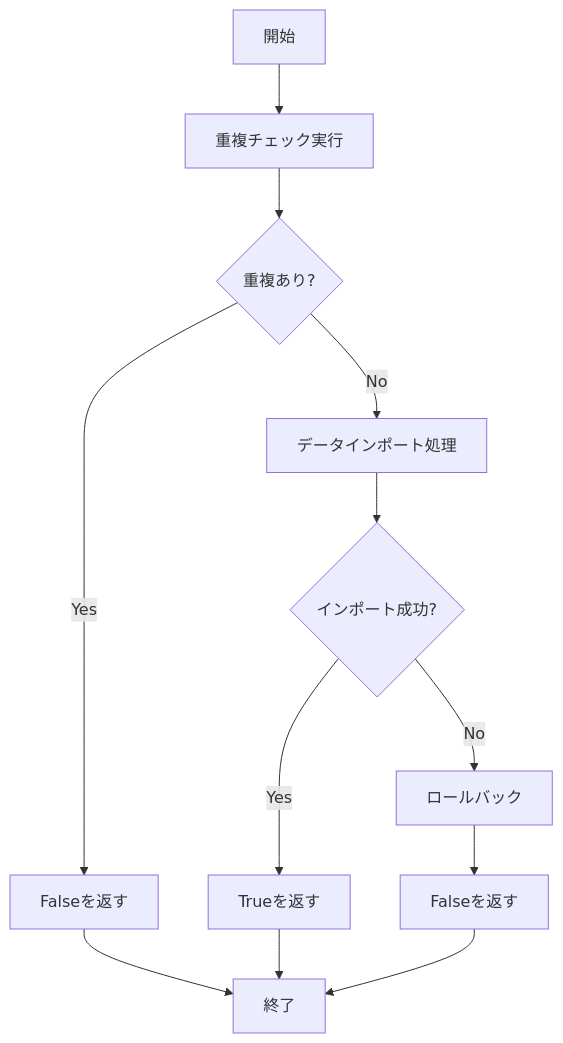
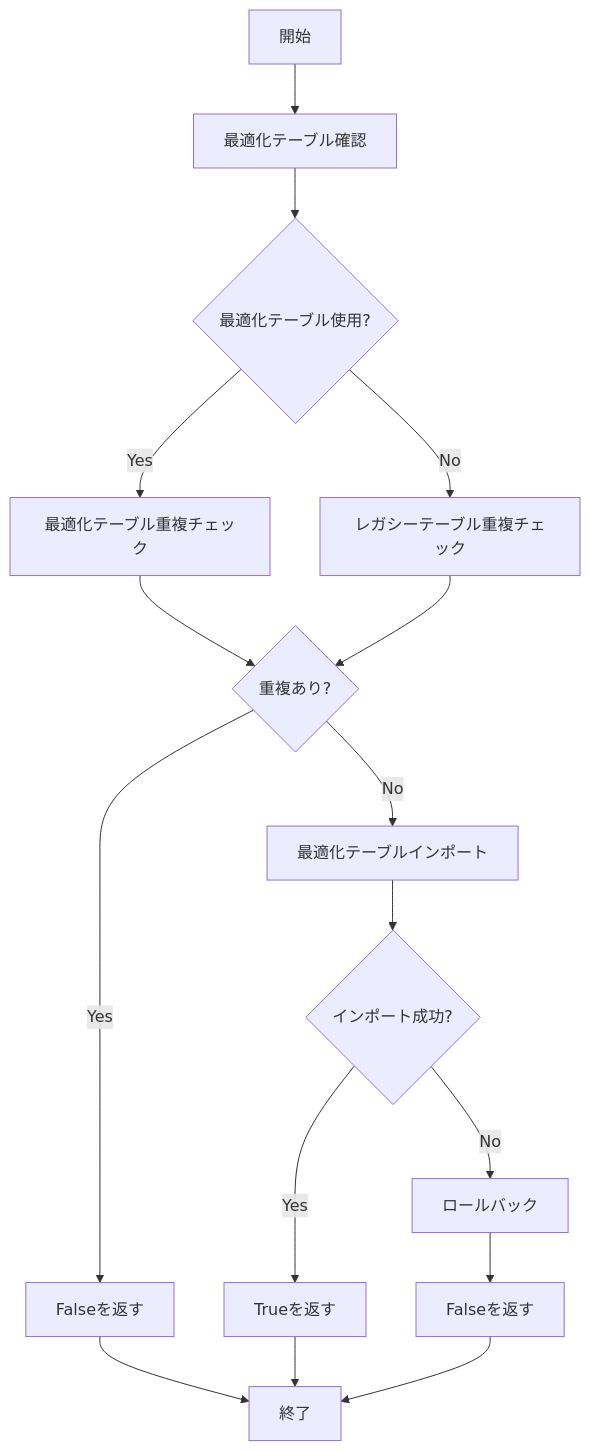
Before and after one commit to takashi-oi/qc_ariken_tpkyo: the second of 7 diagrams in docs/仕様書_Westgard_rule.md, drawn with Mermaid. The commit also changed other lines of this file and 28 other files, not shown here.

````diff
--- a/docs/仕様書_Westgard_rule.md
+++ b/docs/仕様書_Westgard_rule.md
@@ -81,14 +87,18 @@
 ```mermaid
 flowchart TD
-    A[開始] --> B[重複チェック実行]
-    B --> C{重複あり?}
-    C -->|Yes| D[Falseを返す]
-    C -->|No| E[データインポート処理]
-    E --> F{インポート成功?}
-    F -->|Yes| G[Trueを返す]
-    F -->|No| H[ロールバック]
-    H --> I[Falseを返す]
-    D --> J[終了]
-    G --> J
-    I --> J
+    A[開始] --> B[最適化テーブル確認]
+    B --> C{最適化テーブル使用?}
+    C -->|Yes| D[最適化テーブル重複チェック]
+    C -->|No| E[レガシーテーブル重複チェック]
+    D --> F{重複あり?}
+    E --> F
+    F -->|Yes| G[Falseを返す]
+    F -->|No| H[最適化テーブルインポート]
+    H --> I{インポート成功?}
+    I -->|Yes| J[Trueを返す]
+    I -->|No| K[ロールバック]
+    K --> L[Falseを返す]
+    G --> M[終了]
+    J --> M
+    L --> M
 ```
````
